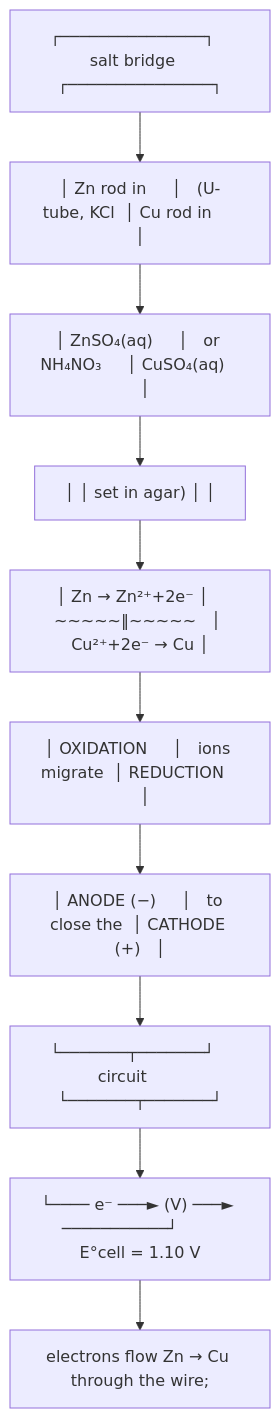
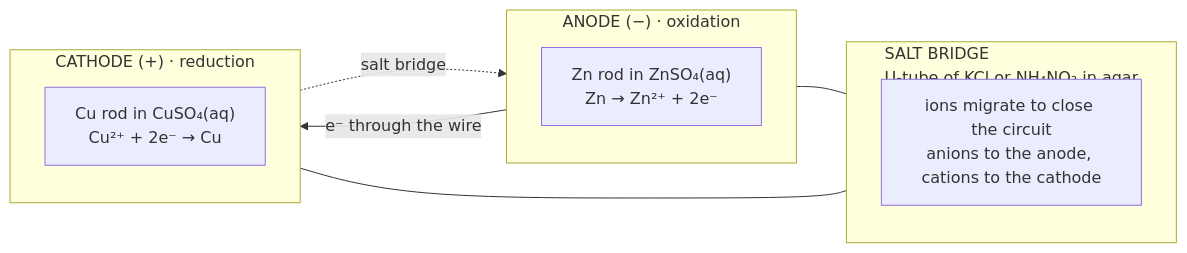
One commit to SurajGupta2009/Chem_JEEAd_notes changed the sixth of 9 diagrams in Physical-Chemistry/05-Redox-Reactions/notes.md. Above: the diagram before and after it, drawn with Mermaid. The commit also changed other lines of this file and 60 other files, not shown here.

````diff
--- a/Physical-Chemistry/05-Redox-Reactions/notes.md
+++ b/Physical-Chemistry/05-Redox-Reactions/notes.md
@@ -1010,22 +996,19 @@
 ```mermaid
-flowchart TD
-    N0["┌───────────────┐   salt bridge   ┌───────────────┐"]
-    N1["│ Zn rod in     │   (U-tube, KCl  │ Cu rod in     │"]
-    N2["│ ZnSO₄(aq)     │   or NH₄NO₃     │ CuSO₄(aq)     │"]
-    N3["│               │   set in agar)  │               │"]
-    N4["│ Zn → Zn²⁺+2e⁻ │   ~~~~~‖~~~~~   │ Cu²⁺+2e⁻ → Cu │"]
-    N5["│ OXIDATION     │   ions migrate  │ REDUCTION     │"]
-    N6["│ ANODE (−)     │   to close the  │ CATHODE (+)   │"]
-    N7["└───────┬───────┘   circuit       └───────┬───────┘"]
-    N8["└──── e⁻ ───► (V) ───► ───────────┘        E°cell = 1.10 V"]
-    N9["electrons flow Zn → Cu through the wire;"]
-    N0 --> N1
-    N1 --> N2
-    N2 --> N3
-    N3 --> N4
-    N4 --> N5
-    N5 --> N6
-    N6 --> N7
-    N7 --> N8
-    N8 --> N9
+flowchart LR
+    subgraph Anode["ANODE (−) · oxidation"]
+        direction TB
+        Zn["Zn rod in ZnSO₄(aq)<br>Zn → Zn²⁺ + 2e⁻"]
+    end
+    subgraph Bridge["SALT BRIDGE<br>U-tube of KCl or NH₄NO₃ in agar"]
+        direction TB
+        SB["ions migrate to close the circuit<br>anions to the anode, cations to the cathode"]
+    end
+    subgraph Cathode["CATHODE (+) · reduction"]
+        direction TB
+        Cu["Cu rod in CuSO₄(aq)<br>Cu²⁺ + 2e⁻ → Cu"]
+    end
+    Zn -->|"e⁻ through the wire"| Cu
+    Cu -.->|"salt bridge"| Zn
+    Zn --- Bridge
+    Bridge --- Cu
 ```
````
